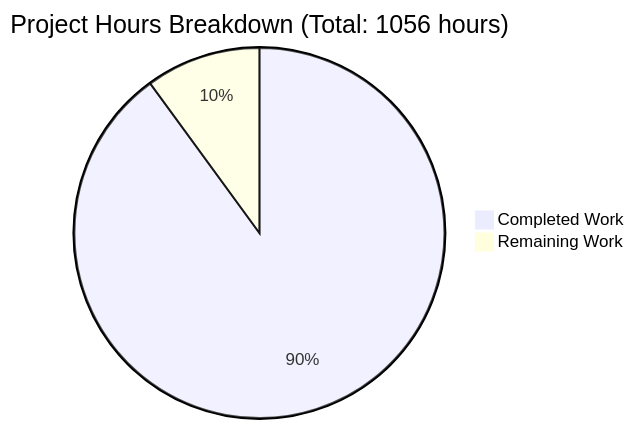
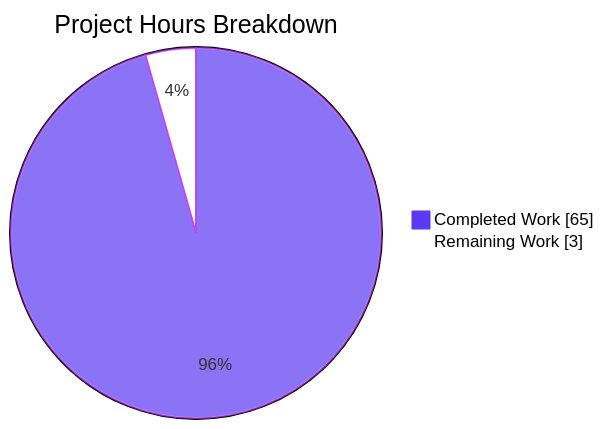
The second of 6 diagrams in blitzy/documentation/Project Guide.md (blitzy-public-samples/blitzy-tgr-dnsmasq-rust), drawn with Mermaid before and after one commit. The commit also changed other lines of this file, not shown here.

Commit message:
Adding Blitzy Project Guide: Project Status and Human Tasks Remaining

````diff
--- a/blitzy/documentation/Project Guide.md
+++ b/blitzy/documentation/Project Guide.md
@@ -64,5 +227,7 @@
 ```mermaid
-pie title Project Hours Breakdown (Total: 1056 hours)
-    "Completed Work" : 950
-    "Remaining Work" : 106
+%%{init: {"themeVariables": {"pie1": "#5B39F3", "pie2": "#FFFFFF", "pieStrokeColor": "#B23AF2"}}}%%
+pie showData
+    title Project Hours Breakdown
+    "Completed Work" : 65
+    "Remaining Work" : 3
 ```
````
